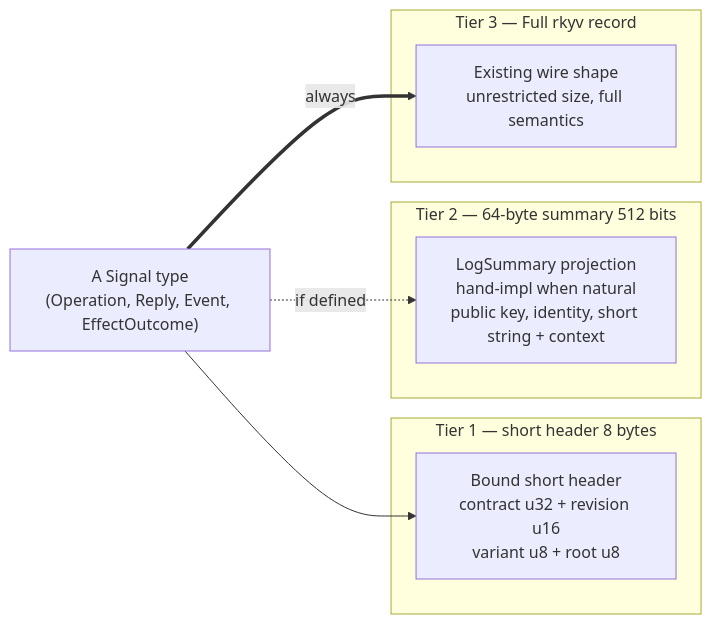
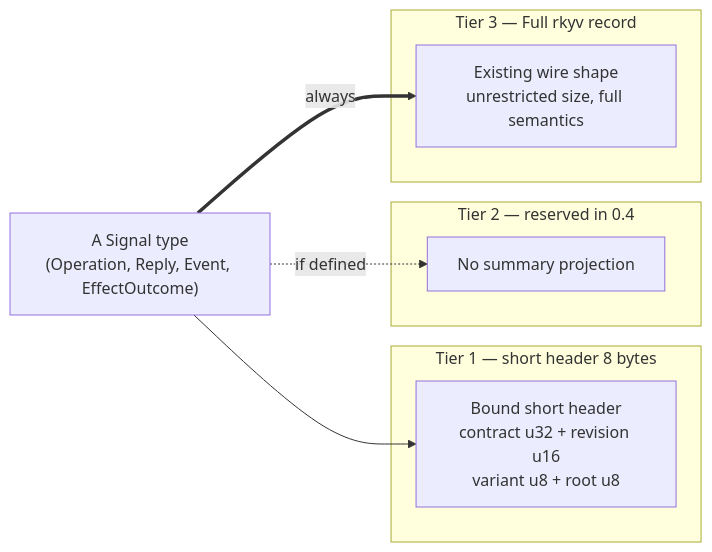
Before and after one commit to LiGoldragon/signal-frame: the second of 3 diagrams in ARCHITECTURE.md, drawn with Mermaid. The commit also changed other lines of this file and 3 other files, not shown here.

````diff
--- a/ARCHITECTURE.md
+++ b/ARCHITECTURE.md
@@ -249,20 +249,20 @@
 ```mermaid
 flowchart LR
     signal_type["A Signal type<br/>(Operation, Reply, Event, EffectOutcome)"]
 
     subgraph tier_one [Tier 1 — short header 8 bytes]
         tier_one_node["Bound short header<br/>contract u32 + revision u16<br/>variant u8 + root u8"]
     end
 
-    subgraph tier_two [Tier 2 — 64-byte summary 512 bits]
-        tier_two_node["LogSummary projection<br/>hand-impl when natural<br/>public key, identity, short string + context"]
+    subgraph tier_two [Tier 2 — reserved in 0.4]
+        tier_two_node["No summary projection"]
     end
 
     subgraph tier_three [Tier 3 — Full rkyv record]
         tier_three_node["Existing wire shape<br/>unrestricted size, full semantics"]
     end
 
     signal_type --> tier_one_node
     signal_type -.->|if defined| tier_two_node
     signal_type ==>|always| tier_three_node
 ```
````
